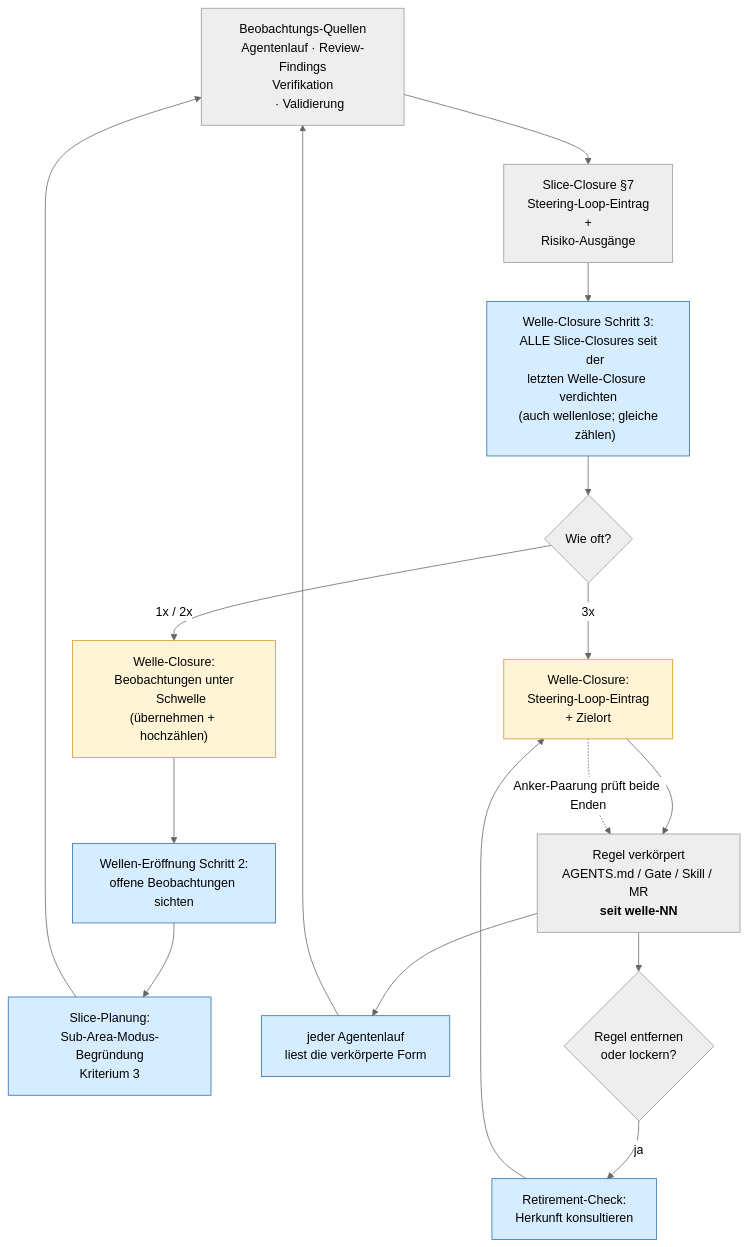
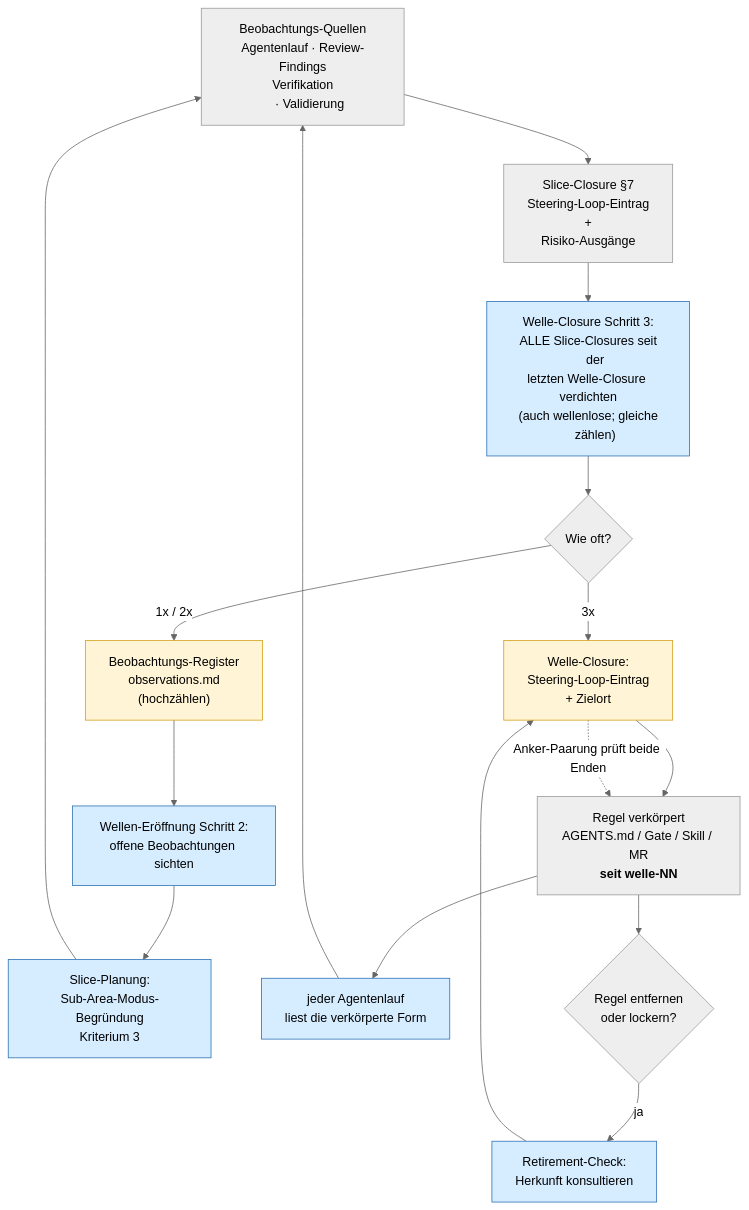
One commit to pt9912/ai-harness-course changed the fourth of 4 diagrams in kurs/de/grundlagen/konventionen.md. Above: the diagram before and after it, drawn with Mermaid (neutral theme). The commit also changed other lines of this file and 15 other files, not shown here.

````diff
--- a/kurs/de/grundlagen/konventionen.md
+++ b/kurs/de/grundlagen/konventionen.md
@@ -861,33 +863,32 @@
 ```mermaid
 flowchart TB
     A["Beobachtungs-Quellen<br/>Agentenlauf · Review-Findings<br/>Verifikation
     · Validierung"] --> B["Slice-Closure §7<br/>Steering-Loop-Eintrag<br/>+
     Risiko-Ausgänge"]
     B --> V["Welle-Closure Schritt 3:<br/>ALLE Slice-Closures seit
     der<br/>letzten Welle-Closure verdichten<br/>(auch wellenlose; gleiche
     zählen)"]
     V --> C{"Wie oft?"}
-    C -- "1x / 2x" --> D["Welle-Closure:<br/>Beobachtungen unter
-    Schwelle<br/>(übernehmen + hochzählen)"]
+    C -- "1x / 2x" --> D["Beobachtungs-Register<br/>observations.md<br/>(hochzählen)"]
     C -- "3x" --> E["Welle-Closure:<br/>Steering-Loop-Eintrag<br/>+ Zielort"]
 
     D --> F["Wellen-Eröffnung Schritt 2:<br/>offene Beobachtungen sichten"]
     F --> G["Slice-Planung:<br/>Sub-Area-Modus-Begründung<br/>Kriterium 3"]
     G --> A
 
     E --> H["Regel verkörpert<br/>AGENTS.md / Gate / Skill / MR<br/><b>seit welle-NN</b>"]
     H --> I["jeder Agentenlauf<br/>liest die verkörperte Form"]
     I --> A
     E -. "Anker-Paarung prüft beide Enden" .-> H
     H --> J{"Regel entfernen<br/>oder lockern?"}
     J -- "ja" --> K["Retirement-Check:<br/>Herkunft konsultieren"]
     K --> E
 
     style V fill:#d6ecff,stroke:#2a6fb5
     style D fill:#fff4d6,stroke:#d4a017
     style E fill:#fff4d6,stroke:#d4a017
     style F fill:#d6ecff,stroke:#2a6fb5
     style G fill:#d6ecff,stroke:#2a6fb5
     style I fill:#d6ecff,stroke:#2a6fb5
     style K fill:#d6ecff,stroke:#2a6fb5
 ```
````
